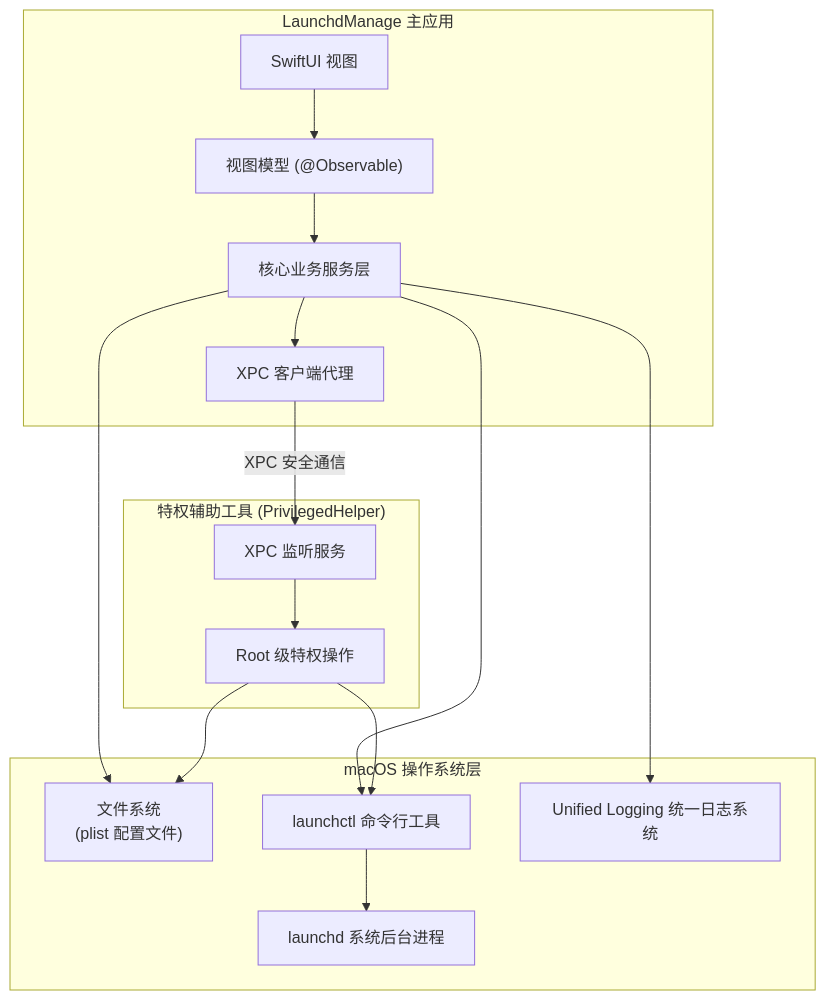
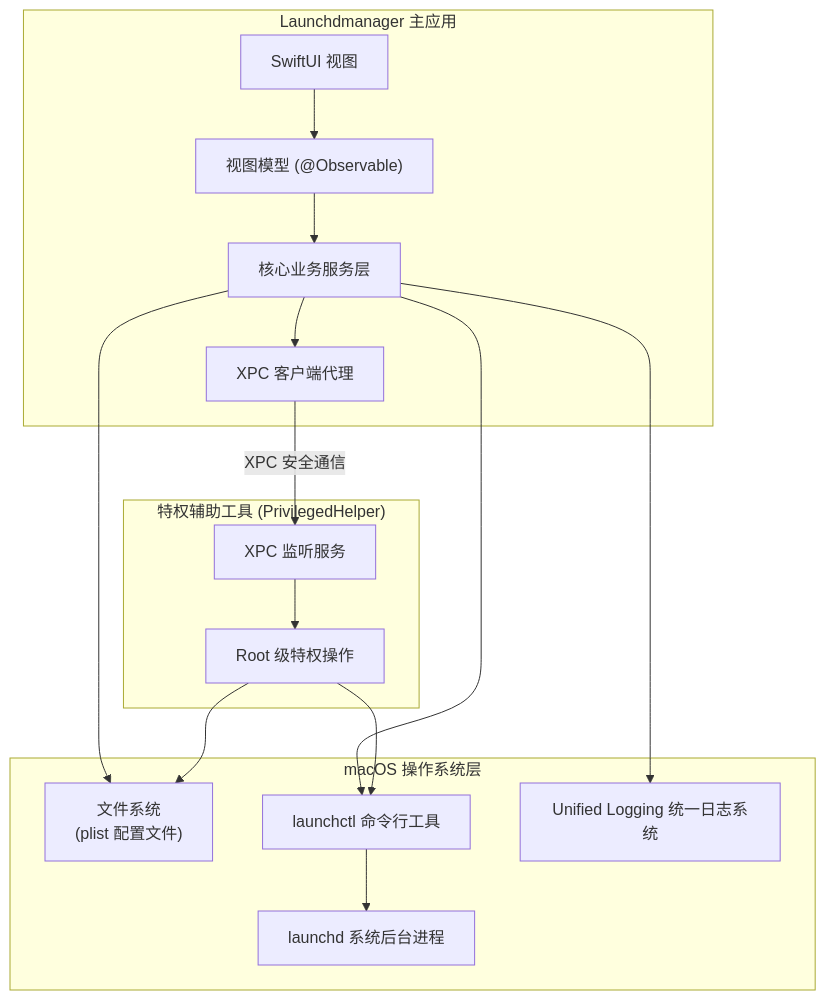
Before and after one commit to SteveShi/LaunchdManage: the diagram in README_zh.md, drawn with Mermaid. The commit also changed other lines of this file and 14 other files, not shown here.

````diff
--- a/README_zh.md
+++ b/README_zh.md
@@ -25,33 +25,33 @@
 ```mermaid
 graph TB
-    subgraph "LaunchdManage 主应用"
+    subgraph "Launchdmanager 主应用"
         UI["SwiftUI 视图"]
         VM["视图模型 (@Observable)"]
         Core["核心业务服务层"]
         XPC_Client["XPC 客户端代理"]
     end
 
     subgraph "特权辅助工具 (PrivilegedHelper)"
         XPC_Server["XPC 监听服务"]
         RootOps["Root 级特权操作"]
     end
 
     subgraph "macOS 操作系统层"
         FS["文件系统<br/>(plist 配置文件)"]
         LC["launchctl 命令行工具"]
         UL["Unified Logging 统一日志系统"]
         LAUNCHD["launchd 系统后台进程"]
     end
 
     UI --> VM
     VM --> Core
     Core --> FS
     Core --> LC
     Core --> UL
     Core --> XPC_Client
     XPC_Client -->|"XPC 安全通信"| XPC_Server
     XPC_Server --> RootOps
     RootOps --> LC
     RootOps --> FS
     LC --> LAUNCHD
 ```
````
